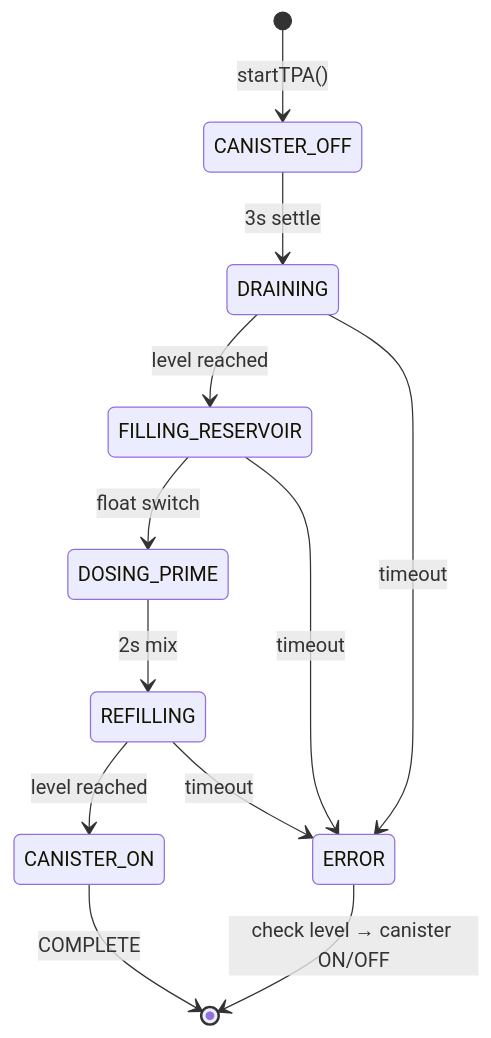
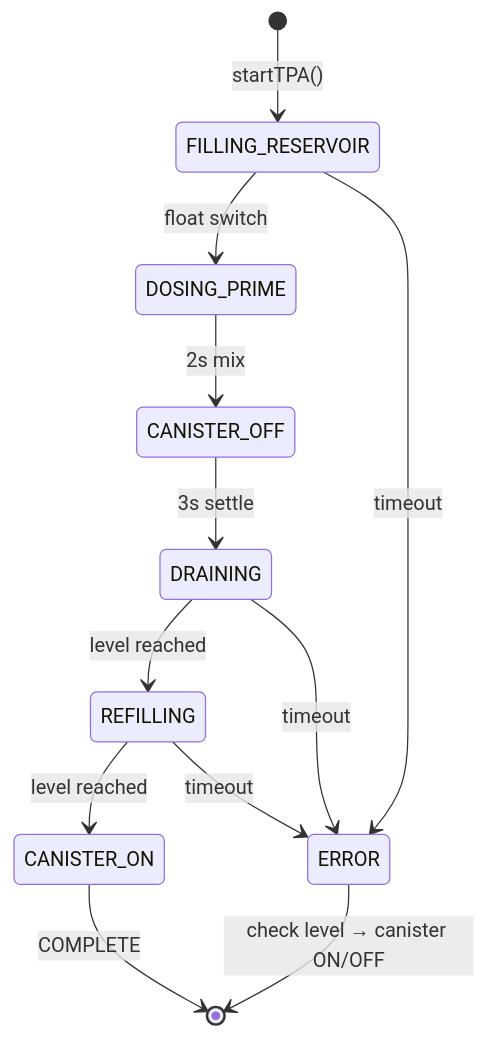
Before and after one commit to PhilipeGatis/IARA: the first of 2 diagrams in README.md, drawn with Mermaid. The commit also changed other lines of this file and 6 other files, not shown here.

First line of the commit message:
fix: fill the reservoir before draining, and reject noise-sized calibrations

````diff
--- a/README.md
+++ b/README.md
@@ -75,15 +75,15 @@
 ```mermaid
 stateDiagram-v2
-    [*] --> CANISTER_OFF: startTPA()
+    [*] --> FILLING_RESERVOIR: startTPA()
+    FILLING_RESERVOIR --> DOSING_PRIME: float switch
+    DOSING_PRIME --> CANISTER_OFF: 2s mix
     CANISTER_OFF --> DRAINING: 3s settle
-    DRAINING --> FILLING_RESERVOIR: level reached
-    FILLING_RESERVOIR --> DOSING_PRIME: float switch
-    DOSING_PRIME --> REFILLING: 2s mix
+    DRAINING --> REFILLING: level reached
     REFILLING --> CANISTER_ON: level reached
     CANISTER_ON --> [*]: COMPLETE
 
     DRAINING --> ERROR: timeout
     FILLING_RESERVOIR --> ERROR: timeout
     REFILLING --> ERROR: timeout
     ERROR --> [*]: check level → canister ON/OFF
 ```
````
